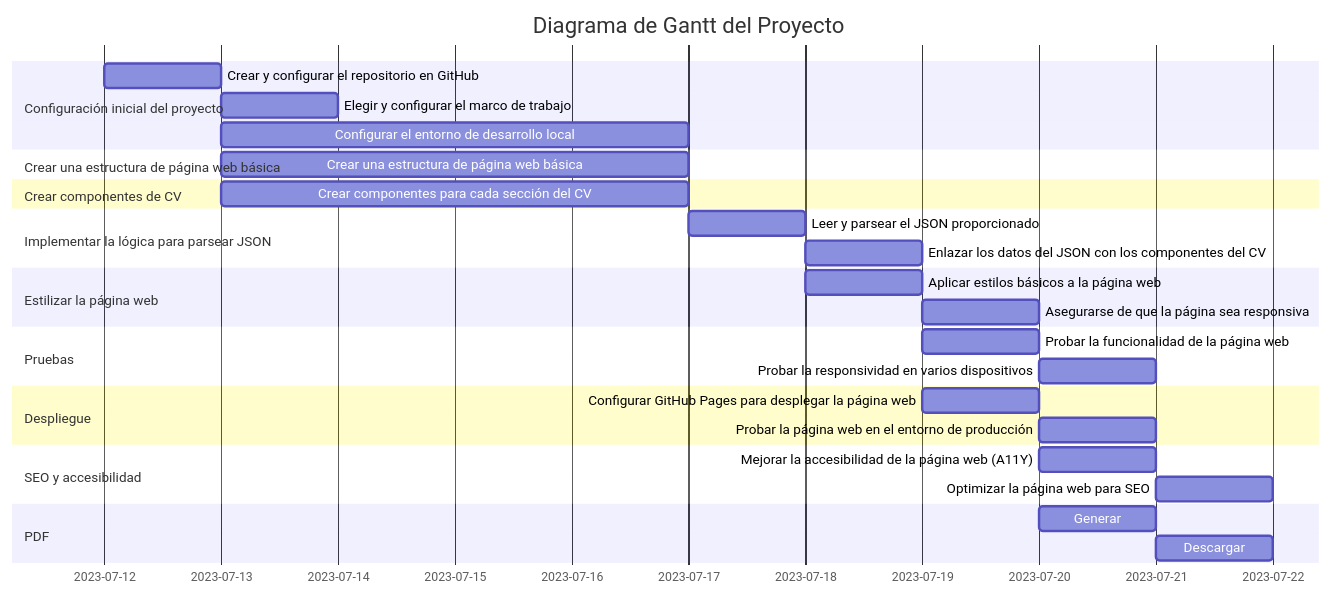
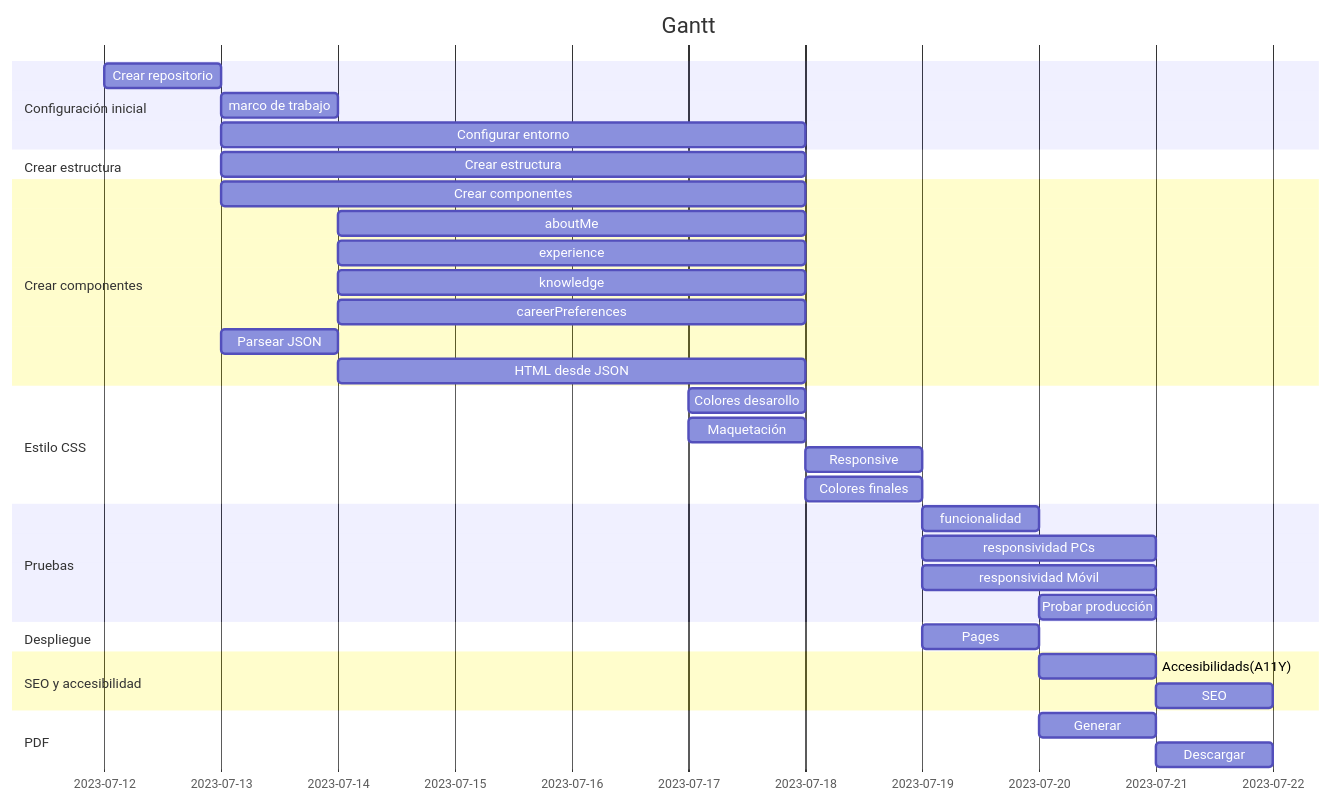
One commit to elMestreAcademy/awesomic_sivi changed the first of 2 diagrams in backlog.md. Above: the diagram before and after it, drawn with Mermaid. The commit also changed other lines of this file, not shown here.

Commit message:
Plan 004

````diff
--- a/backlog.md
+++ b/backlog.md
@@ -70,39 +69,49 @@
 ```mermaid
 gantt
         dateFormat    YYYY-MM-DD
-        title Diagrama de Gantt del Proyecto
+        title Gantt
 
-        section Configuración inicial del proyecto
-        Crear y configurar el repositorio en GitHub :a1, 2023-07-12, 1d
-        Elegir y configurar el marco de trabajo :after a1, 1d
-        Configurar el entorno de desarrollo local :after a1, 4d
-        section Crear una estructura de página web básica
-        Crear una estructura de página web básica :after a1, 4d
-        section Crear componentes de CV
-        Crear componentes para cada sección del CV :after a1, 4d
+        section Configuración inicial
+        Crear repositorio :a1, 2023-07-12, 1d
+        marco de trabajo :after a1, 1d
+        Configurar entorno:after a1, 5d
 
-        section Implementar la lógica para parsear JSON
-        Leer y parsear el JSON proporcionado :d1, 2023-07-17, 1d
-        Enlazar los datos del JSON con los componentes del CV :after d1, 1d
+        section Crear estructura
+        Crear estructura  :after a1, 5d
 
-        section Estilizar la página web
-        Aplicar estilos básicos a la página web :e1, 2023-07-18, 1d
-        Asegurarse de que la página sea responsiva :after e1, 1d
+        section Crear componentes
+        Crear componentes :after a1, 5d
+        aboutMe : after a2, 4d
+        experience : after a2, 4d
+        knowledge : after a2, 4d
+        careerPreferences : after a2, 4d
+        Parsear JSON :after a1, 1d
+        HTML desde JSON :after a2, 4d
+
+        section Estilo CSS
+        Colores desarollo :e1, 2023-07-17, 1d
+        Maquetación :e1, 2023-07-17, 1d
+        Responsive :after e1, 1d
+        Colores finales :after e1, 1d
 
         section Pruebas
-        Probar la funcionalidad de la página web :f1, 2023-07-19, 1d
-        Probar la responsividad en varios dispositivos :after f1, 1d
+        funcionalidad :f1, 2023-07-19, 1d
+        responsividad PCs :f1, 2023-07-19, 2d
+        responsividad Móvil :f1, 2023-07-19, 2d
+        Probar producción :f1, 2023-07-20, 1d
 
         section Despliegue
-        Configurar GitHub Pages para desplegar la página web :g1, 2023-07-19, 1d
-        Probar la página web en el entorno de producción :after g1, 1d
+        Pages: desplegar :g1, 2023-07-19, 1d
+        
 
         section SEO y accesibilidad
-        Mejorar la accesibilidad de la página web (A11Y) :h1, 2023-07-20, 1d
-        Optimizar la página web para SEO :after h1, 1d
+        Accesibilidads(A11Y) :h1, 2023-07-20, 1d
+        
+        
+        SEO :after h1, 1d
 
         section PDF
         Generar :i1, 2023-07-20, 1d
         Descargar :after i1, 1d
 
 ```
````
